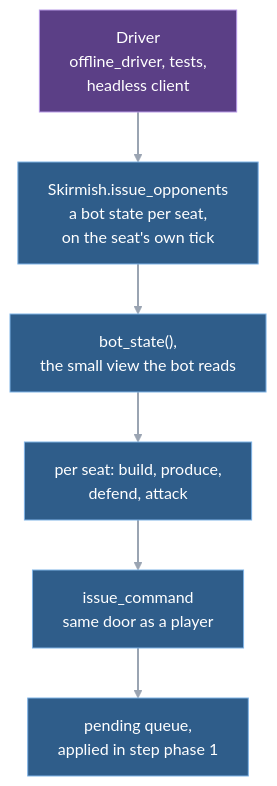
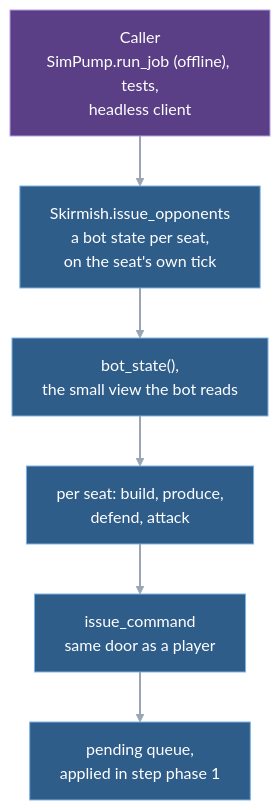
One commit to blackcindergames/wargrid changed the first of 2 diagrams in docs/guide/09-ai.md. Above: the diagram before and after it, drawn with Mermaid. The commit also changed other lines of this file and 13 other files, not shown here.

````diff
--- a/docs/guide/09-ai.md
+++ b/docs/guide/09-ai.md
@@ -7,13 +7,13 @@
 ```mermaid
 flowchart TD
-    A["Driver<br/>offline_driver, tests,<br/>headless client"] --> B["Skirmish.issue_opponents<br/>a bot state per seat,<br/>on the seat's own tick"]
+    A["Caller<br/>SimPump.run_job (offline), tests,<br/>headless client"] --> B["Skirmish.issue_opponents<br/>a bot state per seat,<br/>on the seat's own tick"]
     B --> C["bot_state(),<br/>the small view the bot reads"]
     C --> D["per seat: build, produce,<br/>defend, attack"]
     D --> E["issue_command<br/>same door as a player"]
     E --> F["pending queue,<br/>applied in step phase 1"]
     classDef sim fill:#2f5d8a,stroke:#7fb3e6,color:#ffffff
     classDef driver fill:#5b3f86,stroke:#b79ae6,color:#ffffff
     class A driver
     class B,C,D,E,F sim
     linkStyle default stroke:#9aa4b2,stroke-width:2px
 ```
````
